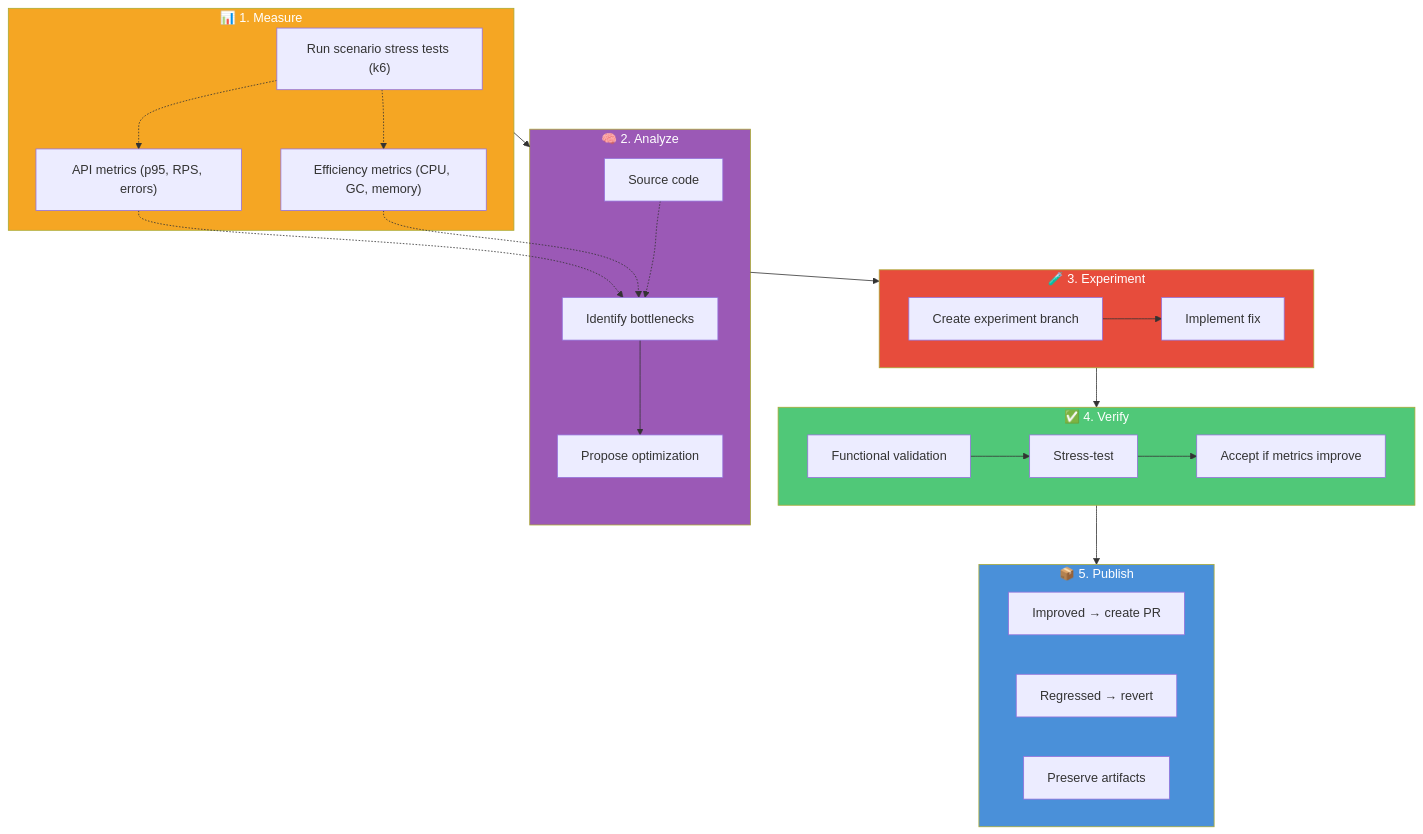
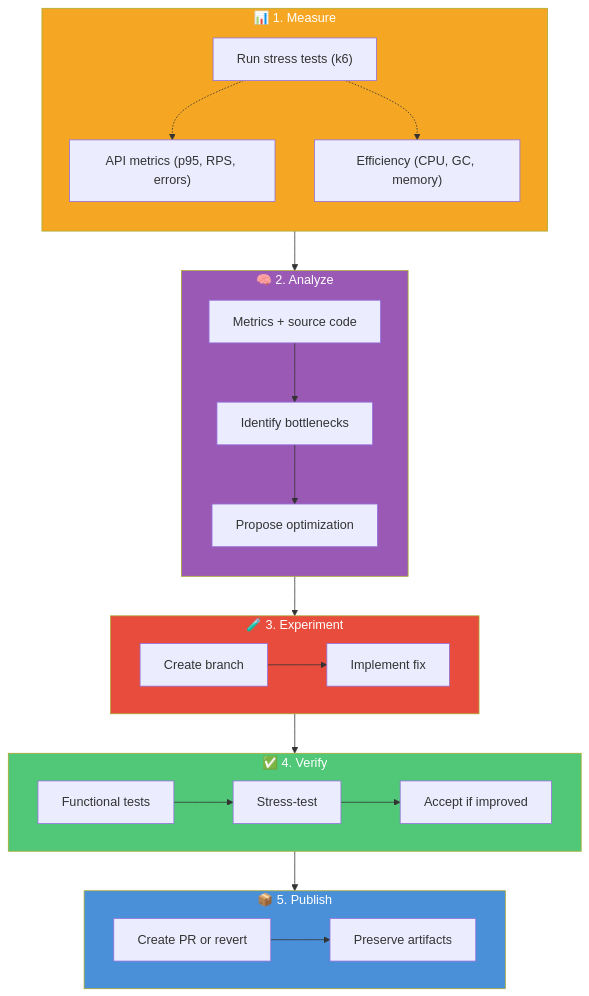
Before and after one commit to J-Bax/Hone: the first of 2 diagrams in docs/architecture.md, drawn with Mermaid.

Commit message:
docs: fix diagram layout  remove cross-subgraph links, use direction hints
Eliminated cross-subgraph dotted edges that caused scattered layout.
Measure and Analyze use direction TB, Experiment/Verify/Publish use
direction LR for compact horizontal flow.

````diff
--- a/docs/architecture.md
+++ b/docs/architecture.md
@@ -25,46 +25,39 @@
 ```mermaid
 flowchart TD
     subgraph MEASURE["📊 1. Measure"]
-        M1["Run scenario stress tests (k6)"]
-        M2["API metrics (p95, RPS, errors)"]
-        M3["Efficiency metrics (CPU, GC, memory)"]
-        M1 -.-> M2
-        M1 -.-> M3
+        direction TB
+        M1["Run stress tests (k6)"]
+        M1 -.-> M2["API metrics (p95, RPS, errors)"]
+        M1 -.-> M3["Efficiency (CPU, GC, memory)"]
     end
 
     subgraph ANALYZE["🧠 2. Analyze"]
-        SRC["Source code"]
-        A1["Identify bottlenecks"]
-        M2 -.-> A1
-        M3 -.-> A1
-        SRC -.-> A1
-        A1 --> A2["Propose optimization"]
+        direction TB
+        A1["Metrics + source code"]
+        A1 --> A2["Identify bottlenecks"]
+        A2 --> A3["Propose optimization"]
     end
 
     subgraph EXPERIMENT["🧪 3. Experiment"]
-        E1["Create experiment branch"]
-        E2["Implement fix"]
-        E1 --> E2
+        direction LR
+        E1["Create branch"] --> E2["Implement fix"]
     end
 
     subgraph VERIFY["✅ 4. Verify"]
-        V1["Functional validation"]
-        V2["Stress-test"]
-        V3["Accept if metrics improve"]
-        V1 --> V2 --> V3
+        direction LR
+        V1["Functional tests"] --> V2["Stress-test"] --> V3["Accept if improved"]
     end
 
     subgraph PUBLISH["📦 5. Publish"]
-        P1["Improved → create PR"]
-        P2["Regressed → revert"]
-        P3["Preserve artifacts"]
+        direction LR
+        P1["Create PR or revert"] --> P2["Preserve artifacts"]
     end
 
     MEASURE --> ANALYZE --> EXPERIMENT --> VERIFY --> PUBLISH
 
     style MEASURE fill:#f5a623,color:#fff
     style ANALYZE fill:#9b59b6,color:#fff
     style EXPERIMENT fill:#e74c3c,color:#fff
     style VERIFY fill:#50c878,color:#fff
     style PUBLISH fill:#4a90d9,color:#fff
 ```
````
